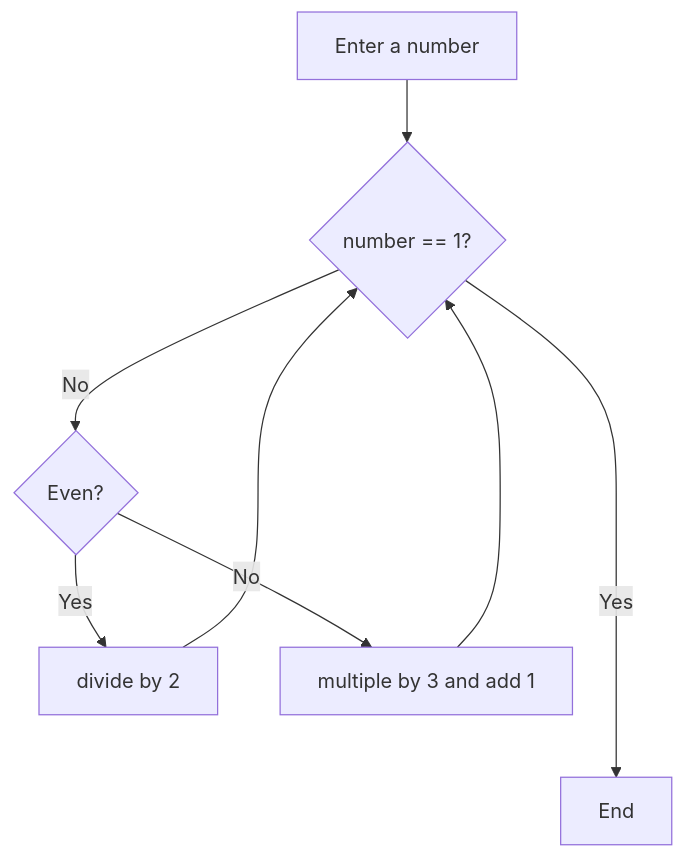
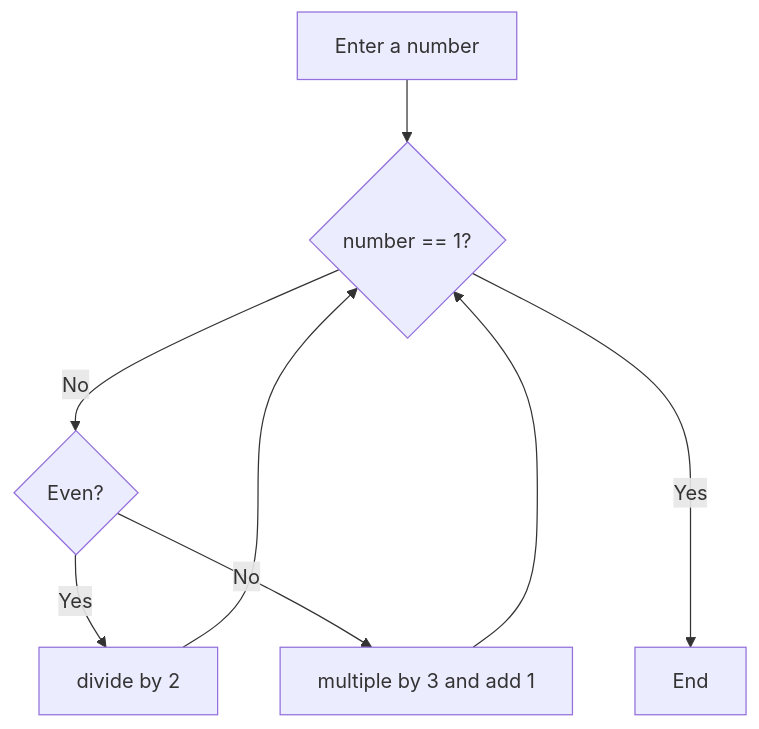
One commit to PeeBs68/mywork changed the second of 2 diagrams in README.md. Above: the diagram before and after it, drawn with Mermaid.

Commit message:
mermaid testing

````diff
--- a/README.md
+++ b/README.md
@@ -27,10 +27,10 @@
 ```mermaid
 flowchart TD;
     A[Enter a number] --> B{number == 1?};
     B -- No --> C{Even?};
-    B -- Yes ----> G[End];
+    B -- Yes ---> G[End];
     C -- Yes --> D[divide by 2];
     D --> B;
     C -- No --> E[multiple by 3 and add 1];
     E --> B;
 ```
````
